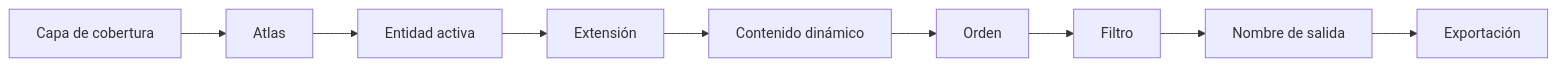
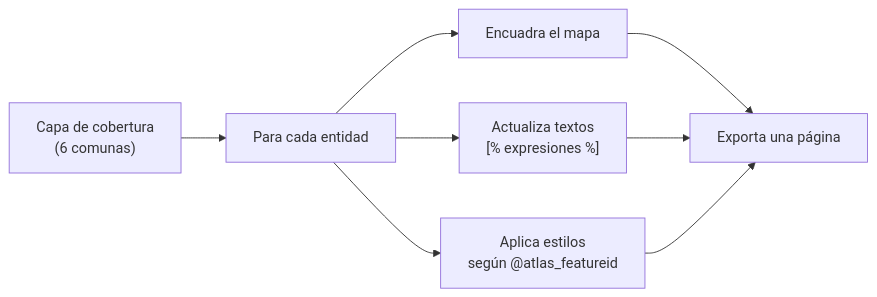
One commit to CHpass369/106_curso_qgis_introductorio changed the diagram in docs/modulo-04/10-producir-atlas-territorial.md. Above: the diagram before and after it, drawn with Mermaid. The commit also changed other lines of this file and 18 other files, not shown here.

````diff
--- a/docs/modulo-04/10-producir-atlas-territorial.md
+++ b/docs/modulo-04/10-producir-atlas-territorial.md
@@ -84,11 +30,8 @@
 ```mermaid
 flowchart LR
-    A["Capa de cobertura"] --> B["Atlas"]
-    B --> C["Entidad activa"]
-    C --> D["Extensión"]
-    D --> E["Contenido dinámico"]
-    E --> F["Orden"]
-    F --> G["Filtro"]
-    G --> H["Nombre de salida"]
-    H --> I["Exportación"]
+    A["Capa de cobertura<br/>(6 comunas)"] --> B["Para cada entidad"]
+    B --> C["Encuadra el mapa"]
+    B --> D["Actualiza textos<br/>[% expresiones %]"]
+    B --> E["Aplica estilos<br/>según @atlas_featureid"]
+    C & D & E --> F["Exporta una página"]
 ```
````
